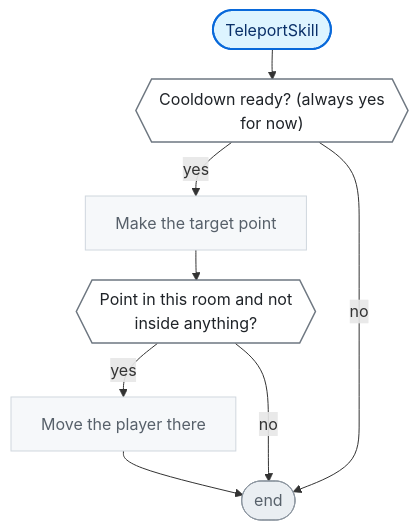
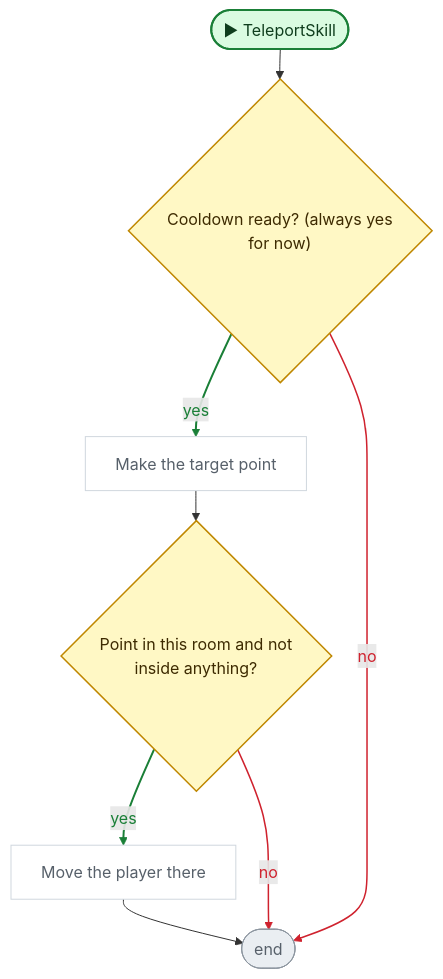
One commit to nataiai/Lord-of-the-Dungeon changed the seventh of 7 diagrams in CodeGraph~/graph/GameManager.cs.md. Above: the diagram before and after it, drawn with Mermaid. The commit also changed other lines of this file and 44 other files, not shown here.

````diff
--- a/CodeGraph~/graph/GameManager.cs.md
+++ b/CodeGraph~/graph/GameManager.cs.md
@@ -361,37 +398,45 @@
 ```mermaid
 ---
 config:
   flowchart:
     wrappingWidth: 260
     nodeSpacing: 26
     rankSpacing: 30
 ---
 flowchart TD
-  nS(["TeleportSkill"])
-  n0b2551{{"Cooldown ready? (always yes<br>for now)"}}
+  nS(["▶ TeleportSkill"])
+  n0b2551{"Cooldown ready? (always yes<br>for now)"}
   nceed3c["Make the target point"]
-  n7d9437{{"Point in this room and not<br>inside anything?"}}
+  n7d9437{"Point in this room and not<br>inside anything?"}
   n2d48fa["Move the player there"]
   nE(["end"])
   nS --> n0b2551
   n0b2551 -->|yes| nceed3c
   nceed3c --> n7d9437
   n7d9437 -->|yes| n2d48fa
   n2d48fa --> nE
   n7d9437 -->|no| nE
   n0b2551 -->|no| nE
-  classDef unity fill:#fff1c2,stroke:#9a6700,stroke-width:2px,color:#3b2300
-  classDef start fill:#ddf4ff,stroke:#0969da,stroke-width:2px,color:#0a3069
-  classDef calc fill:#f6f8fa,stroke:#d0d7de,color:#57606a
-  classDef calls fill:#ffffff,stroke:#0969da,stroke-width:2.5px,color:#0a3069
-  classDef cond fill:#ffffff,stroke:#6e7781,stroke-width:1.5px,color:#1f2328
-  classDef loop fill:#fbefff,stroke:#8250df,color:#3e1f79
-  classDef exit fill:#eaeef2,stroke:#57606a,color:#24292f
-  classDef wait fill:#fff8f0,stroke:#bc4c00,color:#4d1d00
+  linkStyle 1 stroke:#1a7f37,stroke-width:2px,color:#1a7f37
+  linkStyle 3 stroke:#1a7f37,stroke-width:2px,color:#1a7f37
+  linkStyle 5 stroke:#cf222e,stroke-width:1.5px,color:#cf222e
+  linkStyle 6 stroke:#cf222e,stroke-width:1.5px,color:#cf222e
+  classDef unity fill:#dafbe1,stroke:#1a7f37,stroke-width:2px,color:#0f3d1d
+  classDef start fill:#dafbe1,stroke:#1a7f37,stroke-width:2px,color:#0f3d1d
+  classDef calc fill:#ffffff,stroke:#d0d7de,color:#57606a
+  classDef calls fill:#ddf4ff,stroke:#0969da,stroke-width:2px,color:#0a3069
+  classDef ext fill:#ddf4ff,stroke:#0969da,stroke-width:2px,stroke-dasharray:5 3,color:#0a3069
+  classDef cond fill:#fff8c5,stroke:#bf8700,stroke-width:1.5px,color:#3d2a00
+  classDef loop fill:#f6f8fa,stroke:#57606a,color:#1f2328
+  classDef exit fill:#ffebe9,stroke:#cf222e,color:#82071e
+  classDef kill fill:#ffebe9,stroke:#cf222e,stroke-width:2px,color:#82071e
+  classDef spawn fill:#dafbe1,stroke:#1a7f37,stroke-width:2px,color:#0f3d1d
+  classDef wait fill:#fff1e5,stroke:#bc4c00,color:#4d1d00
   classDef fin fill:#eaeef2,stroke:#8c959f,color:#57606a
   classDef join fill:#d0d7de,stroke:#8c959f,color:#57606a
+  classDef ghdr fill:#f5f9ff,stroke:#f5f9ff,color:#0a3069,font-weight:bold
   class nceed3c,n2d48fa calc
   class n0b2551,n7d9437 cond
   class nE fin
   class nS start
 ```
````
